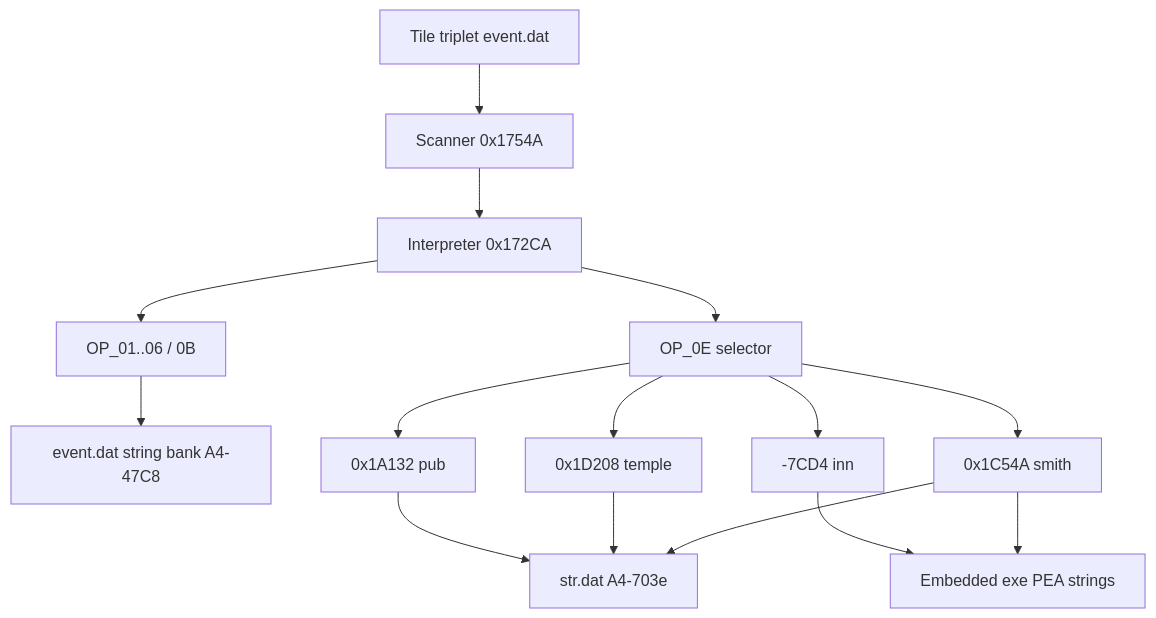
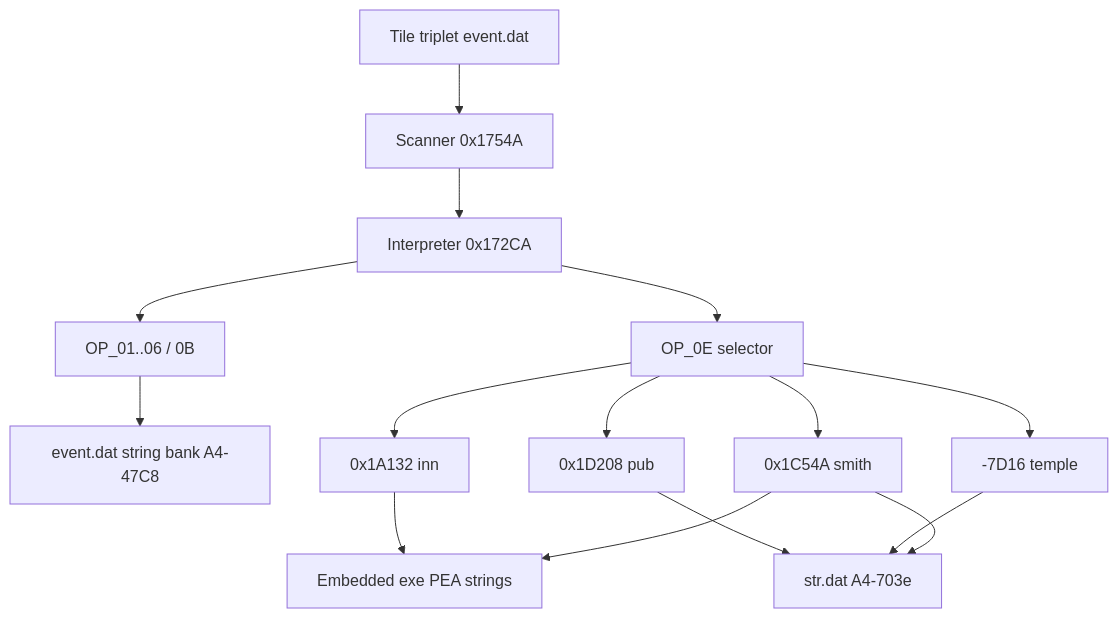
Before and after one commit to Vairn/MM2: the diagram in EXTRACTED/docs/30-event-to-string-path.md, drawn with Mermaid. The commit also changed other lines of this file and 100 other files, not shown here.

````diff
--- a/EXTRACTED/docs/30-event-to-string-path.md
+++ b/EXTRACTED/docs/30-event-to-string-path.md
@@ -153,24 +157,24 @@
 ```mermaid
 flowchart TD
   tile[Tile triplet event.dat]
   scan[Scanner 0x1754A]
   interp[Interpreter 0x172CA]
   evStr[event.dat string bank A4-47C8]
   strdat[str.dat A4-703e]
   exe[Embedded exe PEA strings]
   op01[OP_01..06 / 0B]
   op0e[OP_0E selector]
-  pub[0x1A132 pub]
-  inn[-7CD4 inn]
-  temple[0x1D208 temple]
+  inn[0x1A132 inn]
+  pub[0x1D208 pub]
+  temple[-7D16 temple]
   smith[0x1C54A smith]
 
   tile --> scan --> interp
   interp --> op01 --> evStr
   interp --> op0e
+  op0e --> inn --> exe
   op0e --> pub --> strdat
-  op0e --> inn --> exe
   op0e --> temple --> strdat
   op0e --> smith --> strdat
   smith --> exe
 ```
````
